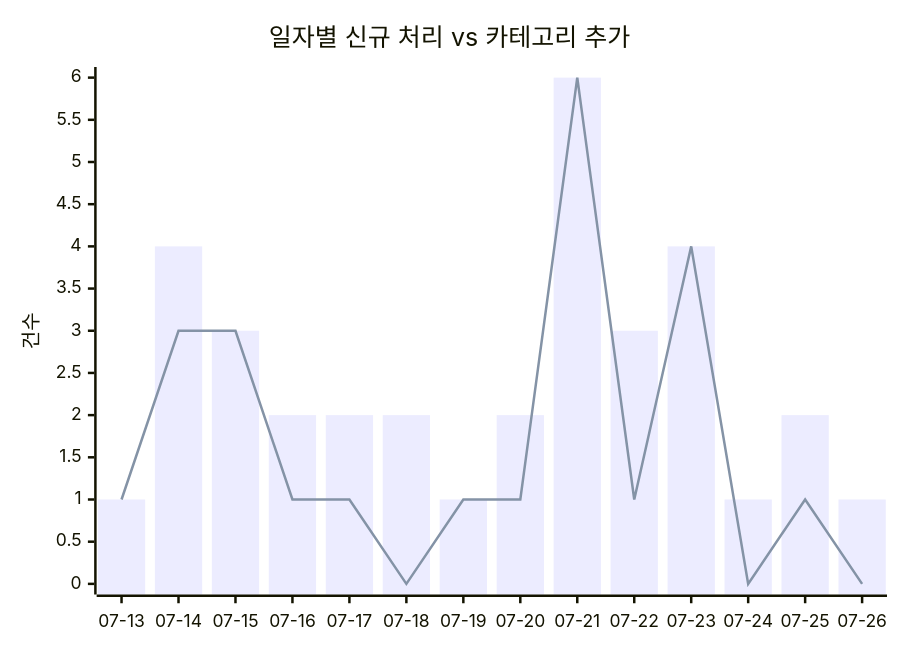
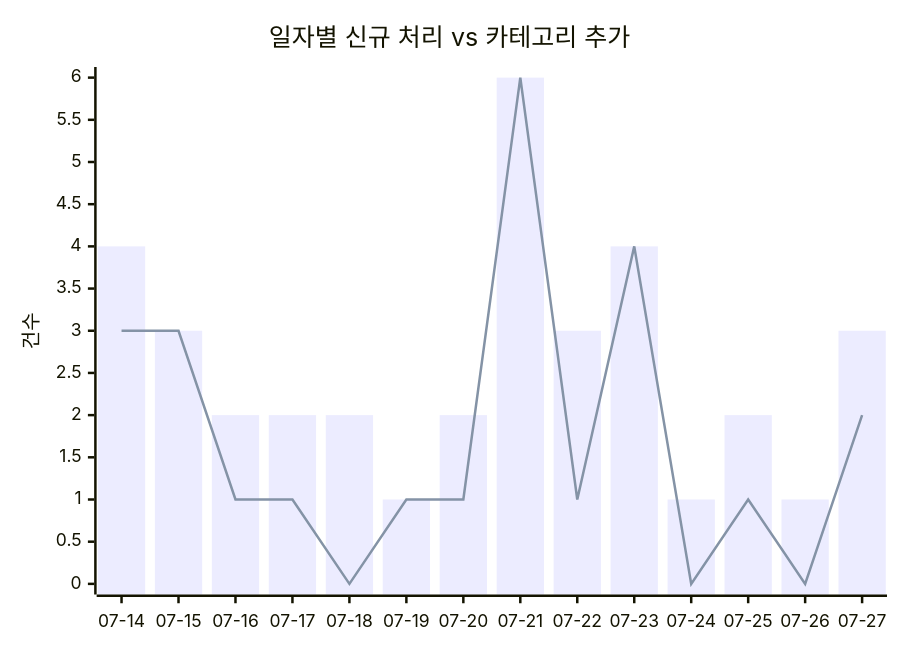
Before and after one commit to J-nowcow/awesome-korean-agent-skills: the first of 2 diagrams in docs/trends.md, drawn with Mermaid. The commit also changed other lines of this file and 5 other files, not shown here.

````diff
--- a/docs/trends.md
+++ b/docs/trends.md
@@ -32,8 +32,8 @@
 ```mermaid
 xychart-beta
     title "일자별 신규 처리 vs 카테고리 추가"
-    x-axis ["07-13","07-14","07-15","07-16","07-17","07-18","07-19","07-20","07-21","07-22","07-23","07-24","07-25","07-26"]
+    x-axis ["07-14","07-15","07-16","07-17","07-18","07-19","07-20","07-21","07-22","07-23","07-24","07-25","07-26","07-27"]
     y-axis "건수"
-    bar [1,4,3,2,2,2,1,2,6,3,4,1,2,1]
-    line [1,3,3,1,1,0,1,1,6,1,4,0,1,0]
+    bar [4,3,2,2,2,1,2,6,3,4,1,2,1,3]
+    line [3,3,1,1,0,1,1,6,1,4,0,1,0,2]
 ```
````
